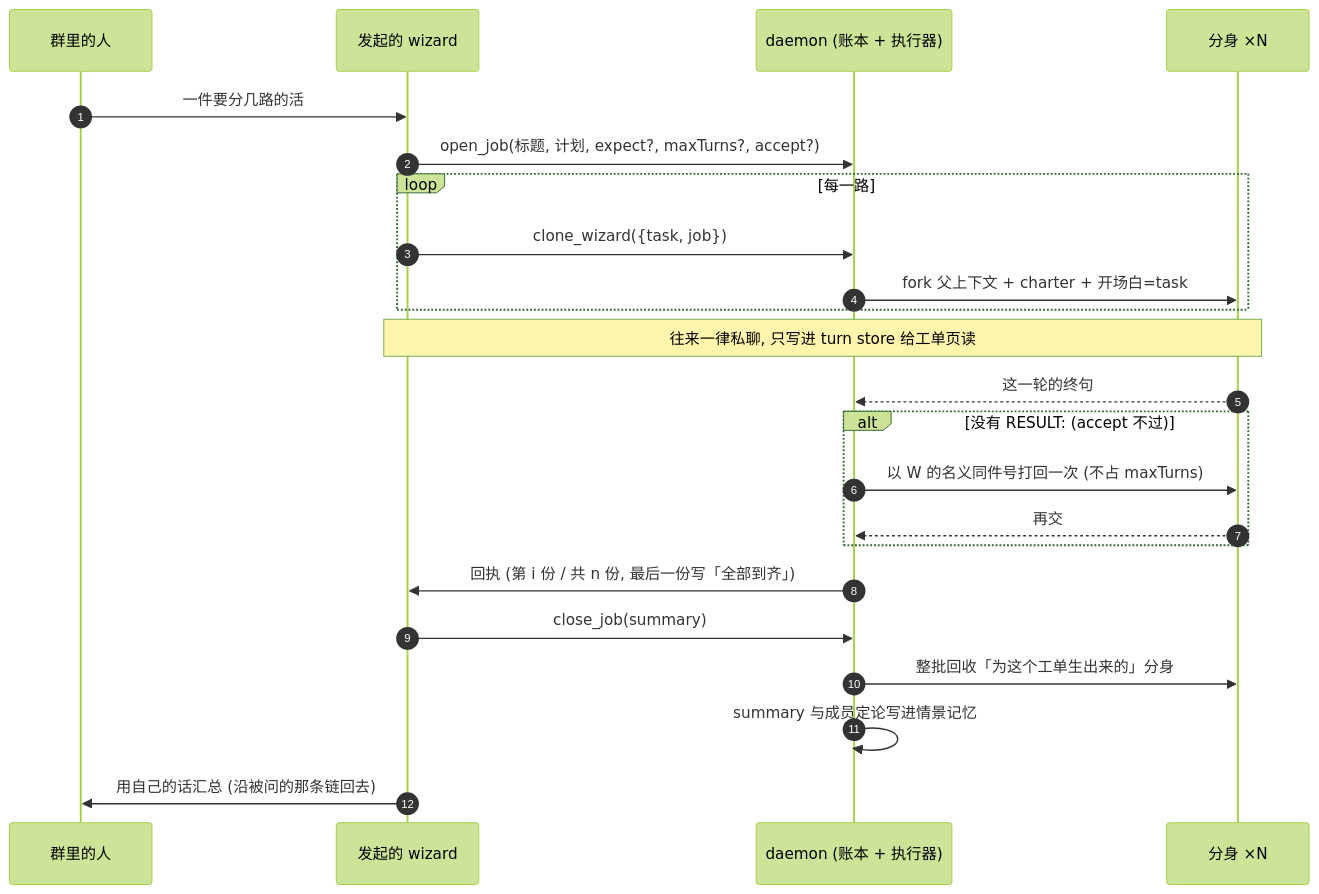
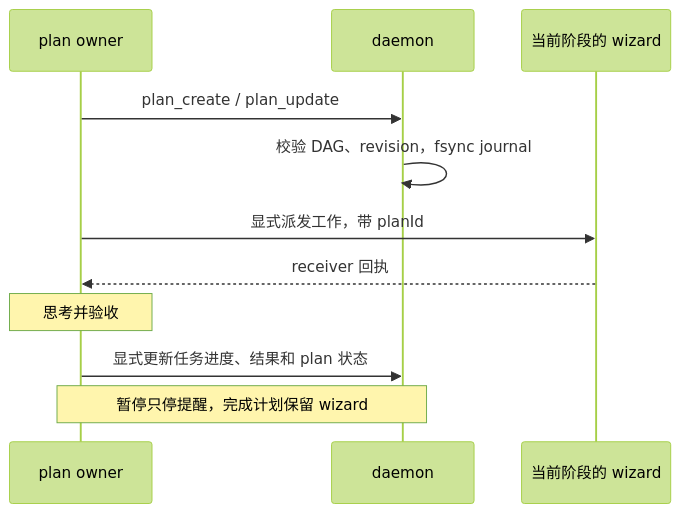
The tenth of 15 diagrams in 技术说明.md (guxi11/wezard), drawn with Mermaid (forest theme) before and after one commit. The commit also changed other lines of this file and 4 other files, not shown here.

````diff
--- a/技术说明.md
+++ b/技术说明.md
@@ -343,26 +341,13 @@
 ```mermaid
 sequenceDiagram
-    autonumber
-    participant U as 群里的人
-    participant W as 发起的 wizard
-    participant D as daemon (账本 + 执行器)
-    participant K as 分身 ×N
-
-    U->>W: 一件要分几路的活
-    W->>D: open_job(标题, 计划, expect?, maxTurns?, accept?)
-    loop 每一路
-        W->>D: clone_wizard({task, job})
-        D->>K: fork 父上下文 + charter + 开场白=task
-    end
-    Note over W,K: 往来一律私聊, 只写进 turn store 给工单页读
-    K-->>D: 这一轮的终句
-    alt 没有 RESULT: (accept 不过)
-        D->>K: 以 W 的名义同件号打回一次 (不占 maxTurns)
-        K-->>D: 再交
-    end
-    D->>W: 回执 (第 i 份 / 共 n 份, 最后一份写「全部到齐」)
-    W->>D: close_job(summary)
-    D->>K: 整批回收「为这个工单生出来的」分身
-    D->>D: summary 与成员定论写进情景记忆
-    W->>U: 用自己的话汇总 (沿被问的那条链回去)
+    participant W as plan owner
+    participant D as daemon
+    participant K as 当前阶段的 wizard
+    W->>D: plan_create / plan_update
+    D->>D: 校验 DAG、revision，fsync journal
+    W->>K: 显式派发工作，带 planId
+    K-->>W: receiver 回执
+    Note over W: 思考并验收
+    W->>D: 显式更新任务进度、结果和 plan 状态
+    Note over W,D: 暂停只停提醒，完成计划保留 wizard
 ```
````
